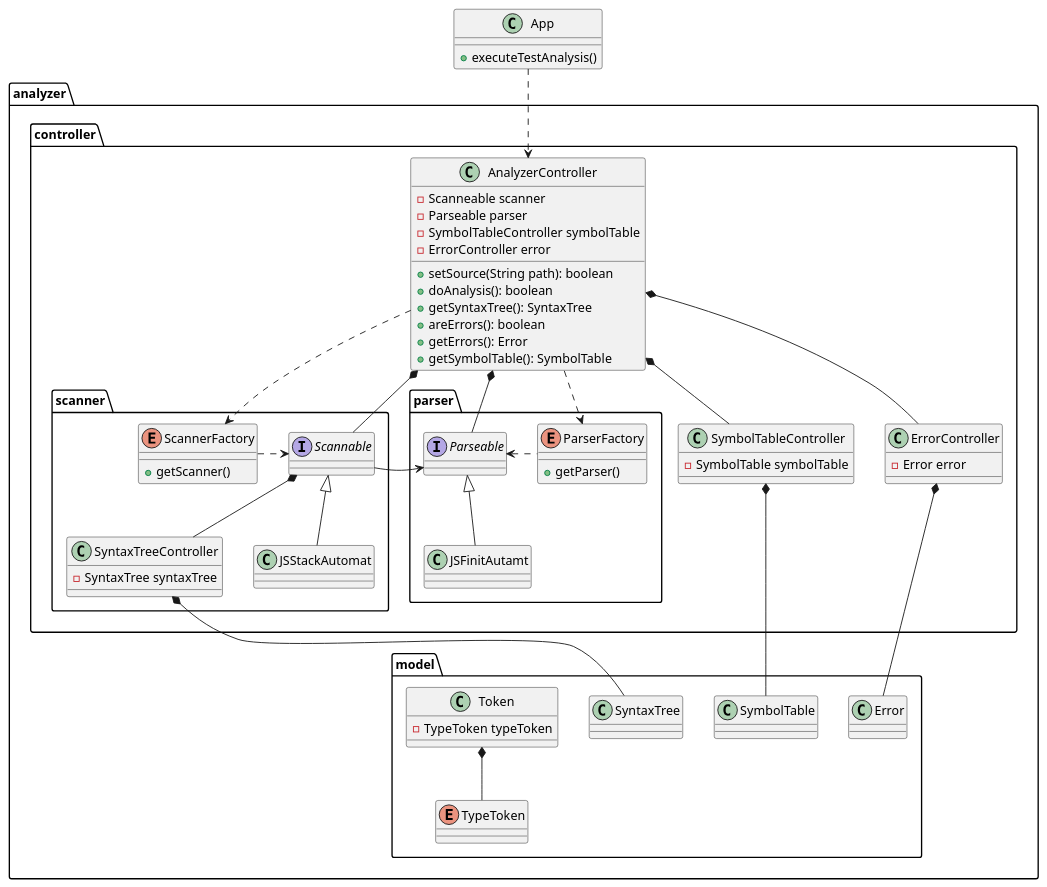
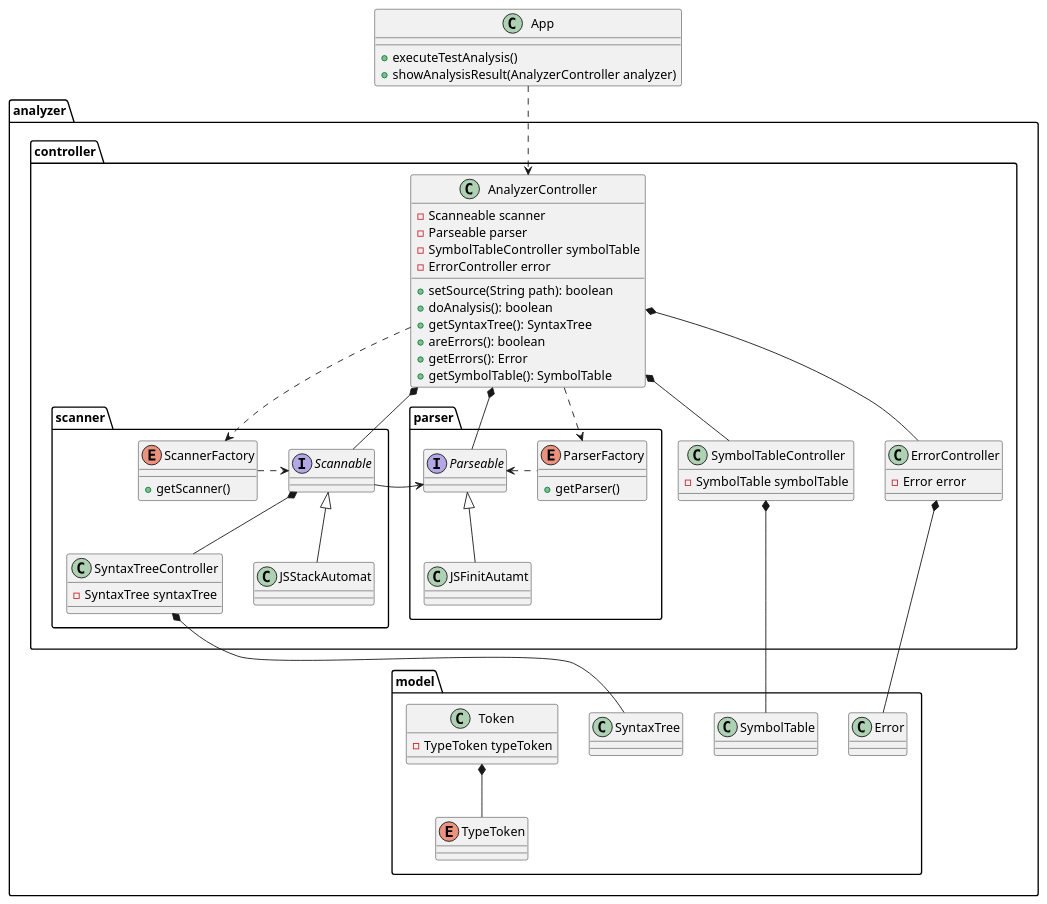
Before and after one commit to moroquin/parser-scanner-analyzer: the diagram in docs/ClassDiagram.wsd, drawn with PlantUML. The commit also changed 7 other files, not shown here.

```diff
--- a/docs/ClassDiagram.wsd
+++ b/docs/ClassDiagram.wsd
@@ -1,139 +1,140 @@
 @startuml classdiagram
 
 
 class App{
     +executeTestAnalysis()
+    +showAnalysisResult(AnalyzerController analyzer)
 }
 
 package analyzer{
 
     package controller{
 
         class AnalyzerController{
             -Scanneable scanner
             -Parseable parser
             -SymbolTableController symbolTable
             -ErrorController error
             +setSource(String path): boolean
             +doAnalysis(): boolean
             +getSyntaxTree(): SyntaxTree
             +areErrors(): boolean
             +getErrors(): Error
             +getSymbolTable(): SymbolTable
         }
 
         class SymbolTableController{
             -SymbolTable symbolTable
 
         }
 
         class ErrorController{
             -Error error
 
         }
 
 
         package scanner{
 
             enum ScannerFactory{
                 +getScanner()
             }
 
 
             class SyntaxTreeController{
                 -SyntaxTree syntaxTree
 
             }
 
             interface Scannable{
 
             }
 
             class JSStackAutomat{
 
             }
 
             JSStackAutomat -up-|> Scannable
             Scannable *-- SyntaxTreeController
 
             ScannerFactory .right.> Scannable
 
 
         }
 
         package parser{
 
             enum ParserFactory{
                 +getParser()
             }
 
             interface Parseable{
 
             }
 
             class JSFinitAutamt{
 
             }
 
             JSFinitAutamt -up-|> Parseable
             ParserFactory .left.> Parseable
 
         }
 
 
 
         AnalyzerController *-- Parseable
         AnalyzerController *-- Scannable
         AnalyzerController *-- SymbolTableController
         AnalyzerController *-- ErrorController
 
         AnalyzerController ..> ParserFactory
         AnalyzerController ..> ScannerFactory
 
         Scannable -right-> Parseable
 
     }
 
 
     package model{
 
         class Error{
 
         }
 
         class SyntaxTree{
 
         }
 
         class SymbolTable
 
 
         class Token{
             -TypeToken typeToken
         }
 
         enum TypeToken{
 
         }
 
         Token *-- TypeToken
 
     }
 
     SymbolTableController *-- SymbolTable
     ErrorController *-- Error
 
     SyntaxTreeController *-- SyntaxTree
 
     
 
     
 
 }
 
 
 App .down.> AnalyzerController
 
 
 
 @enduml
```
